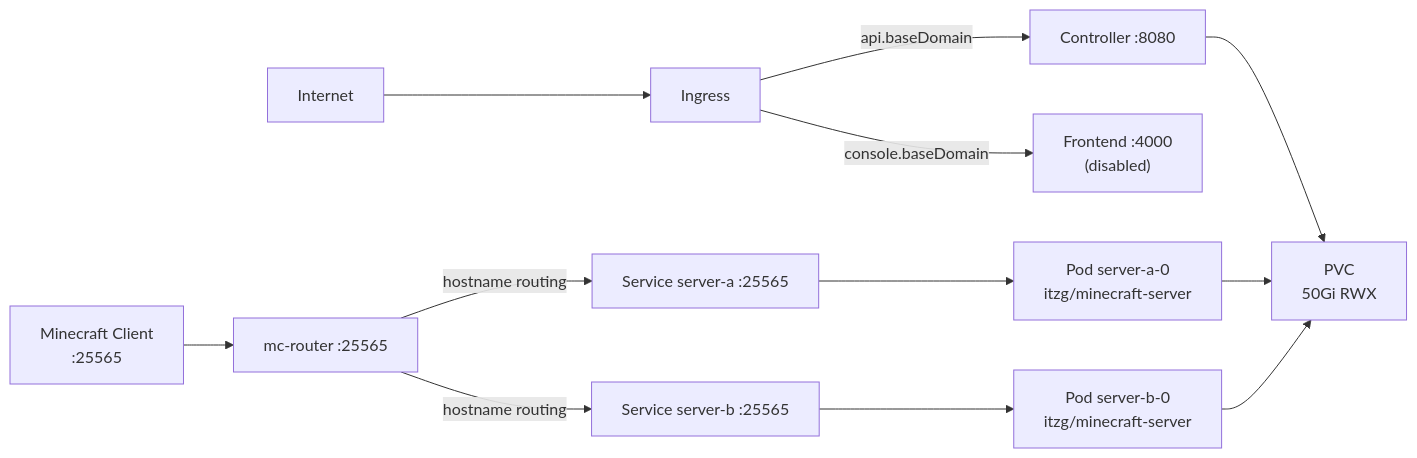
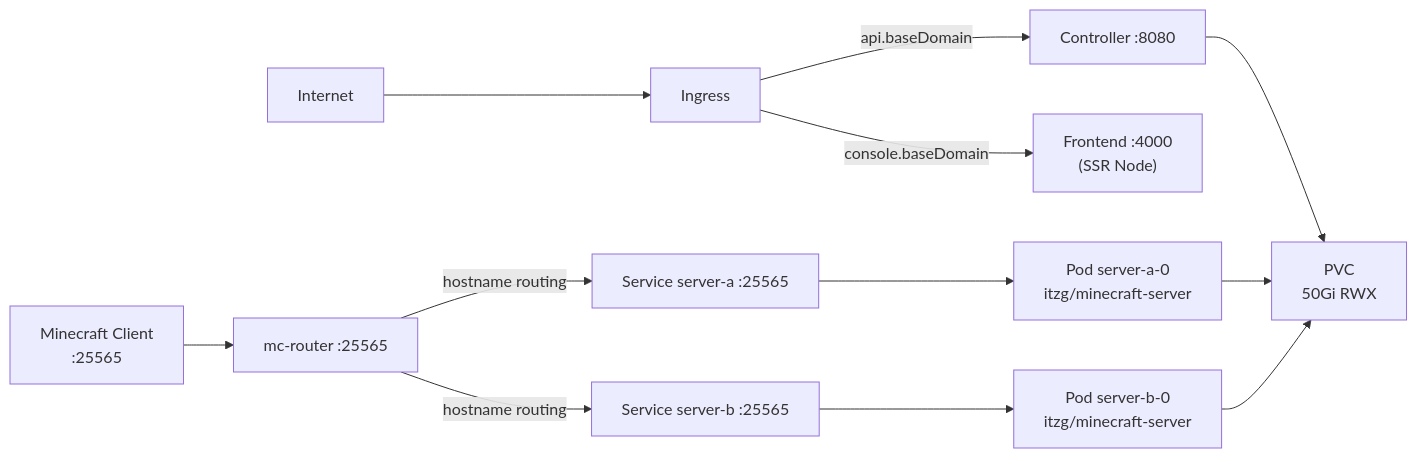
Before and after one commit to lorisdemicheli/minecraft-controller: the third of 3 diagrams in docs/architecture.md, drawn with Mermaid. The commit also changed other lines of this file and 188 other files, not shown here.

````diff
--- a/docs/architecture.md
+++ b/docs/architecture.md
@@ -195,14 +279,14 @@
 ```mermaid
 graph LR
     Internet --> Ingress
     Ingress -->|api.baseDomain| Controller["Controller :8080"]
-    Ingress -->|console.baseDomain| Frontend["Frontend :4000\n(disabled)"]
+    Ingress -->|console.baseDomain| Frontend["Frontend :4000\n(SSR Node)"]
     Player["Minecraft Client\n:25565"] --> Router["mc-router :25565"]
     Router -->|hostname routing| Svc1["Service server-a :25565"]
     Router -->|hostname routing| Svc2["Service server-b :25565"]
     Svc1 --> Pod1["Pod server-a-0\nitzg/minecraft-server"]
     Svc2 --> Pod2["Pod server-b-0\nitzg/minecraft-server"]
     Controller --> PVC["PVC\n50Gi RWX"]
     Pod1 --> PVC
     Pod2 --> PVC
 ```
````
